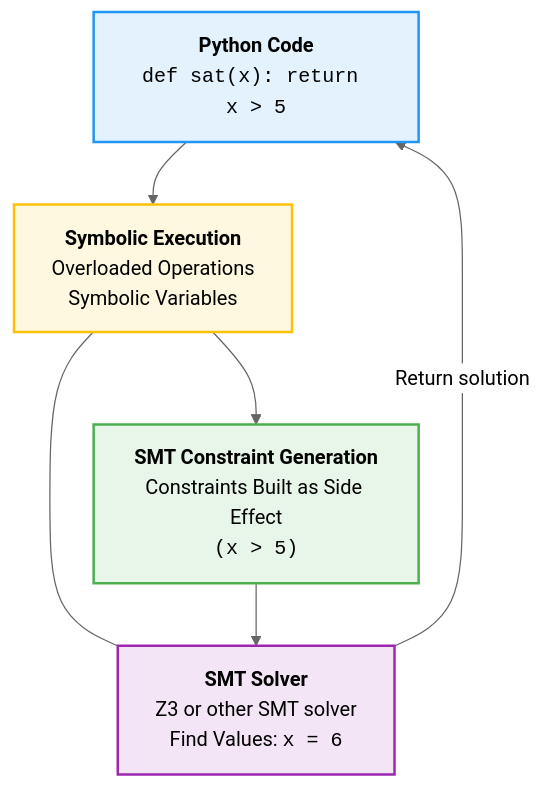
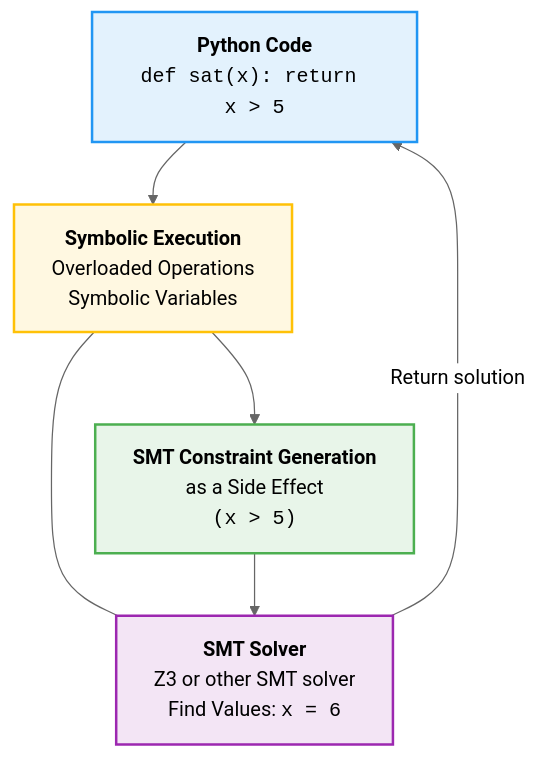
One commit to namin/holey changed the diagram in diagram_staging_SMT.md. Above: the diagram before and after it, drawn with Mermaid (neutral theme).

````diff
--- a/diagram_staging_SMT.md
+++ b/diagram_staging_SMT.md
@@ -3,21 +3,21 @@
 ```mermaid
 flowchart TB
     PythonCode["<b>Python Code</b><br><tt>def sat(x): return x > 5</tt>"] --> SymbolicExecution
     
     SymbolicExecution["<b>Symbolic Execution</b><br>Overloaded Operations<br>Symbolic Variables"] --> SMTGeneration
     SymbolicExecution --- SMTSolver
     
-    SMTGeneration["<b>SMT Constraint Generation</b><br>Constraints Built as Side Effect<br><tt>(x > 5)</tt>"] --> SMTSolver
+    SMTGeneration["<b>SMT Constraint Generation</b><br>as a Side Effect<br><tt>(x > 5)</tt>"] --> SMTSolver
     
     SMTSolver["<b>SMT Solver</b><br>Z3 or other SMT solver<br>Find Values: <tt>x = 6</tt>"] --> |Return solution| PythonCode
     
     classDef python fill:#e3f2fd,stroke:#2196f3,stroke-width:2px,color:black;
     classDef execution fill:#fff8e1,stroke:#ffc107,stroke-width:2px,color:black;
     classDef generation fill:#e8f5e9,stroke:#4caf50,stroke-width:2px,color:black;
     classDef solver fill:#f3e5f5,stroke:#9c27b0,stroke-width:2px,color:black;
     
     class PythonCode python;
     class SymbolicExecution execution;
     class SMTGeneration generation;
     class SMTSolver solver;
 ```
````
